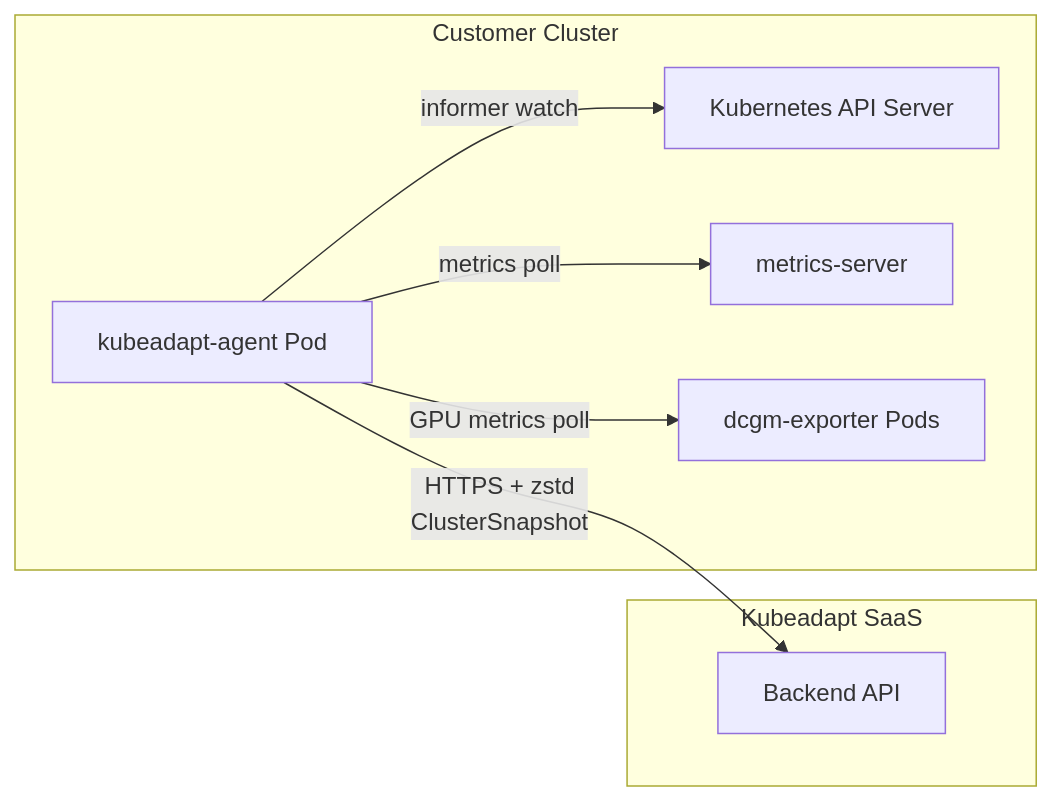
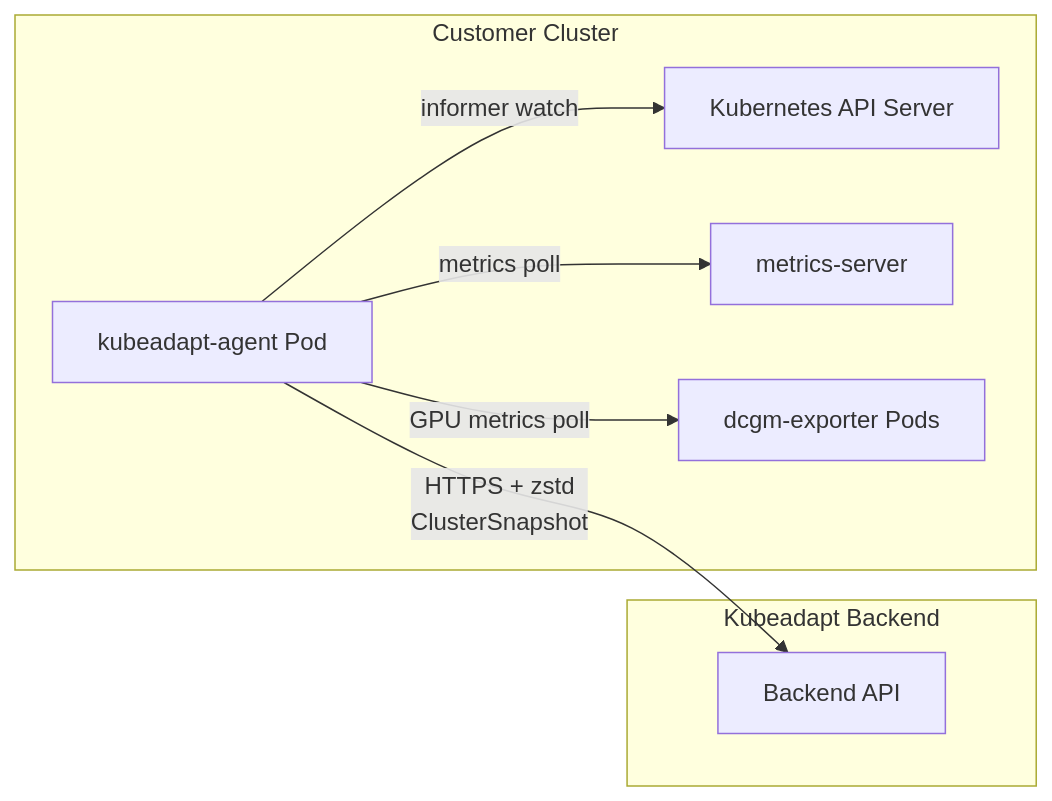
One commit to kubeadapt/kubeadapt-agent changed the first of 4 diagrams in docs/architecture.md. Above: the diagram before and after it, drawn with Mermaid. The commit also changed other lines of this file and 7 other files, not shown here.

````diff
--- a/docs/architecture.md
+++ b/docs/architecture.md
@@ -13,18 +13,18 @@
 ```mermaid
 graph LR
     subgraph Customer Cluster
         A[kubeadapt-agent Pod]
         K[Kubernetes API Server]
         MS[metrics-server]
         GPU[dcgm-exporter Pods]
         A -- informer watch --> K
         A -- metrics poll --> MS
         A -- GPU metrics poll --> GPU
     end
 
-    subgraph Kubeadapt SaaS
+    subgraph Kubeadapt Backend
         B[Backend API]
     end
 
     A -- HTTPS + zstd\nClusterSnapshot --> B
 ```
````
